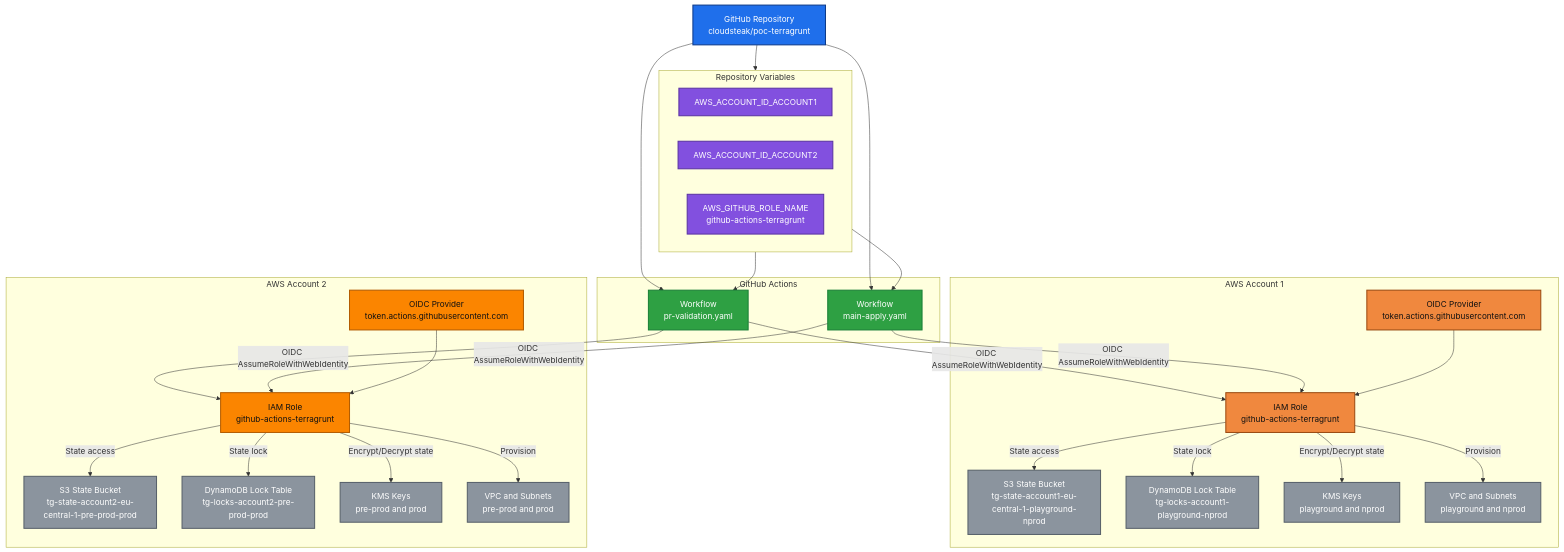
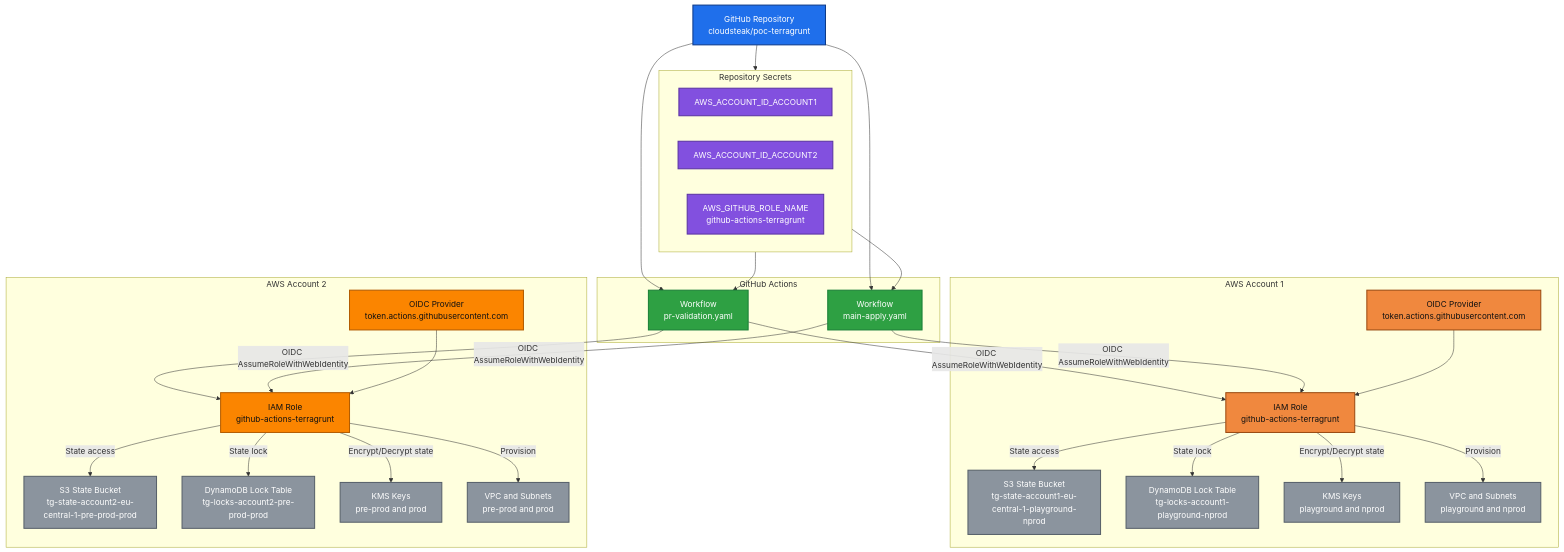
The diagram in README.md (cloudsteak/poc-terragrunt), drawn with Mermaid before and after one commit. The commit also changed other lines of this file and 2 other files, not shown here.

Commit message:
docs: Update README to reflect changes from repository variables to secrets and modify workflow error messages

````diff
--- a/README.md
+++ b/README.md
@@ -18,71 +18,71 @@
 ```mermaid
 flowchart TB
   GH["GitHub Repository<br/>cloudsteak/poc-terragrunt"]
 
   subgraph GHA["GitHub Actions"]
     PR["Workflow<br/>pr-validation.yaml"]
     APPLY["Workflow<br/>main-apply.yaml"]
   end
 
-  subgraph VARS["Repository Variables"]
+  subgraph VARS["Repository Secrets"]
     V1["AWS_ACCOUNT_ID_ACCOUNT1"]
     V2["AWS_ACCOUNT_ID_ACCOUNT2"]
     V3["AWS_GITHUB_ROLE_NAME<br/>github-actions-terragrunt"]
   end
 
   subgraph ACC1["AWS Account 1"]
     OIDC1["OIDC Provider<br/>token.actions.githubusercontent.com"]
     ROLE1["IAM Role<br/>github-actions-terragrunt"]
     S31["S3 State Bucket<br/>tg-state-account1-eu-central-1-playground-nprod"]
     DDB1["DynamoDB Lock Table<br/>tg-locks-account1-playground-nprod"]
     KMS1["KMS Keys<br/>playground and nprod"]
     NET1["VPC and Subnets<br/>playground and nprod"]
   end
 
   subgraph ACC2["AWS Account 2"]
     OIDC2["OIDC Provider<br/>token.actions.githubusercontent.com"]
     ROLE2["IAM Role<br/>github-actions-terragrunt"]
     S32["S3 State Bucket<br/>tg-state-account2-eu-central-1-pre-prod-prod"]
     DDB2["DynamoDB Lock Table<br/>tg-locks-account2-pre-prod-prod"]
     KMS2["KMS Keys<br/>pre-prod and prod"]
     NET2["VPC and Subnets<br/>pre-prod and prod"]
   end
 
   GH --> PR
   GH --> APPLY
   GH --> VARS
   VARS --> PR
   VARS --> APPLY
 
   PR -->|OIDC AssumeRoleWithWebIdentity| ROLE1
   PR -->|OIDC AssumeRoleWithWebIdentity| ROLE2
   APPLY -->|OIDC AssumeRoleWithWebIdentity| ROLE1
   APPLY -->|OIDC AssumeRoleWithWebIdentity| ROLE2
 
   OIDC1 --> ROLE1
   OIDC2 --> ROLE2
 
   ROLE1 -->|State access| S31
   ROLE1 -->|State lock| DDB1
   ROLE1 -->|Encrypt/Decrypt state| KMS1
   ROLE1 -->|Provision| NET1
 
   ROLE2 -->|State access| S32
   ROLE2 -->|State lock| DDB2
   ROLE2 -->|Encrypt/Decrypt state| KMS2
   ROLE2 -->|Provision| NET2
 
   classDef github fill:#1f6feb,stroke:#0d3a8a,color:#ffffff,stroke-width:2px;
   classDef workflow fill:#2ea043,stroke:#1a7f37,color:#ffffff,stroke-width:2px;
   classDef vars fill:#8250df,stroke:#5a32a3,color:#ffffff,stroke-width:2px;
   classDef account1 fill:#f0883e,stroke:#9a4a11,color:#111111,stroke-width:2px;
   classDef account2 fill:#fb8500,stroke:#b35c00,color:#111111,stroke-width:2px;
   classDef resource fill:#8b949e,stroke:#57606a,color:#ffffff,stroke-width:2px;
 
   class GH github;
   class PR,APPLY workflow;
   class V1,V2,V3 vars;
   class OIDC1,ROLE1 account1;
   class OIDC2,ROLE2 account2;
   class S31,DDB1,KMS1,NET1,S32,DDB2,KMS2,NET2 resource;
 ```
````
